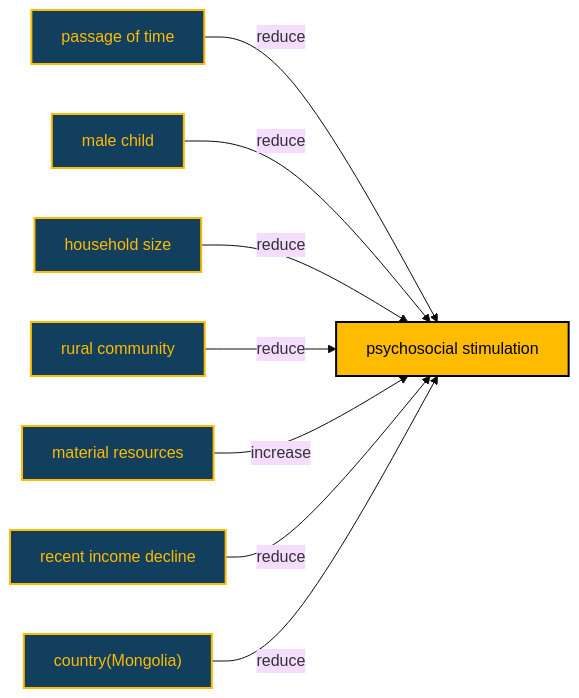
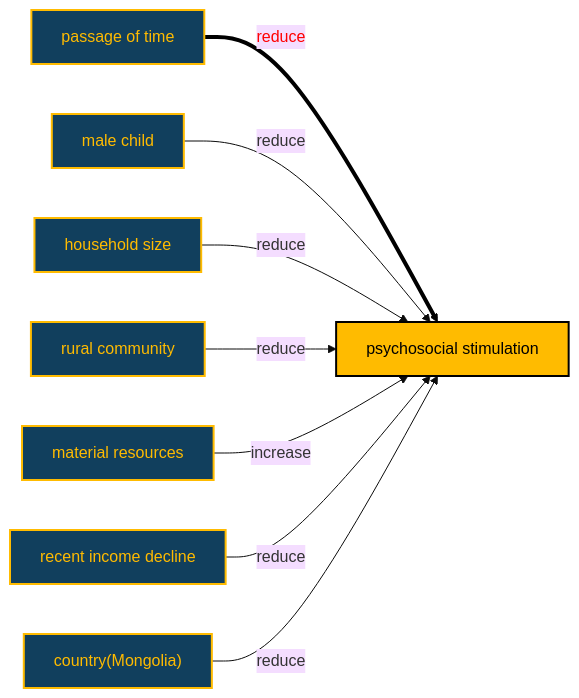
The diagram in MICSPLUS/diagram.md (agrogan1/research), drawn with Mermaid (base theme) before and after one commit.

````diff
--- a/MICSPLUS/diagram.md
+++ b/MICSPLUS/diagram.md
@@ -1,53 +1,57 @@
 ```mermaid
 
 flowchart LR
 
   %% classes
 
   classDef yellow fill:#FFC20E,stroke:#000000,stroke-width:2px,color:#000000;
   
   classDef cyan fill:#1CABE2,stroke:#000000,stroke-width:2px,color:#FFFFFF;
   
   classDef red fill:#E2231A,stroke:#000000,stroke-width:2px,color:#FFFFFF;
   
   classDef orange fill:#F26A21,stroke:#000000,stroke-width:2px,color:#FFFFFF;
 
   classDef tidal fill:#113f5d,color:#FFBB00,stroke:#FFBB00,stroke-width:2px
 
   classDef tidal2 fill:#FFBB00,color:#000000,stroke:#000000,stroke-width:2px
 
   psychosocial[psychosocial stimulation]:::tidal2
 
   %% nodes
 
   time[passage of time]:::tidal  
 
   male[male child]:::tidal
 
   size[household size]:::tidal
 
   rural[rural community]:::tidal
 
   material[material resources]:::tidal
 
   incomedecline[recent income decline]:::tidal
 
   Mongolia["country(Mongolia)"]:::tidal
 
   %% links
 
   time --> |"reduce"| psychosocial
 
   male --> |"reduce"| psychosocial
 
   size --> |"reduce"| psychosocial
 
   rural --> |"reduce"| psychosocial
 
   material --> |"increase"| psychosocial
 
   incomedecline --> |"reduce"| psychosocial
 
   Mongolia --> |"reduce"| psychosocial
 
+  %% linkeStyle
+
+  linkStyle 0 stroke:#000000,stroke-width:4px,color:red;
+
 ```
````
